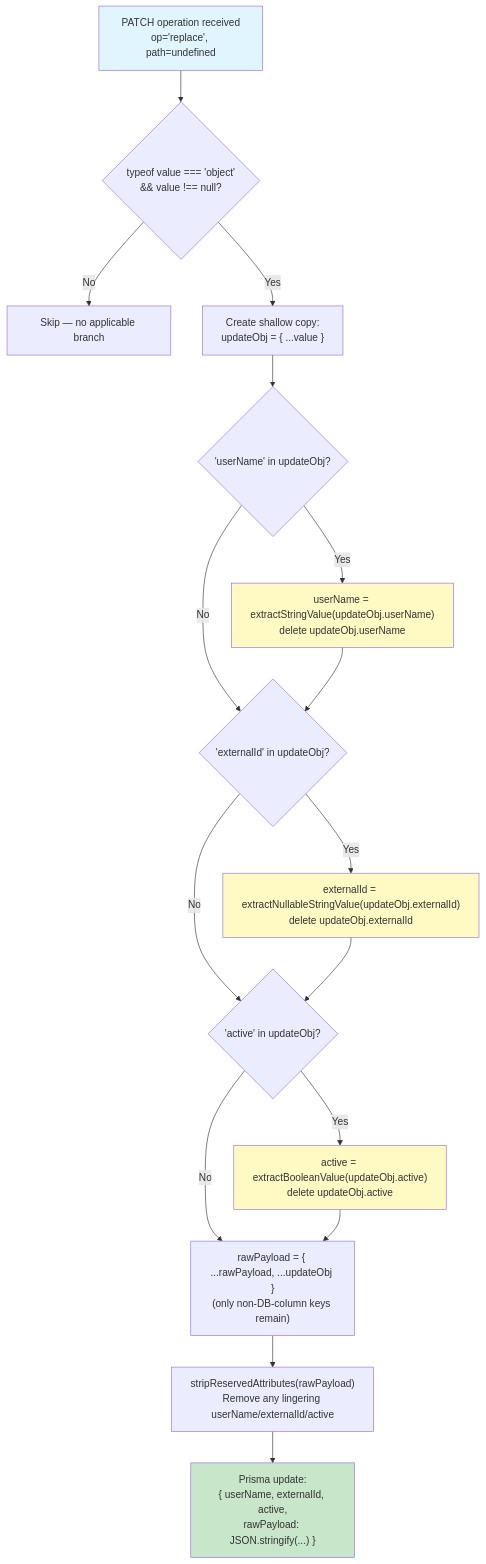
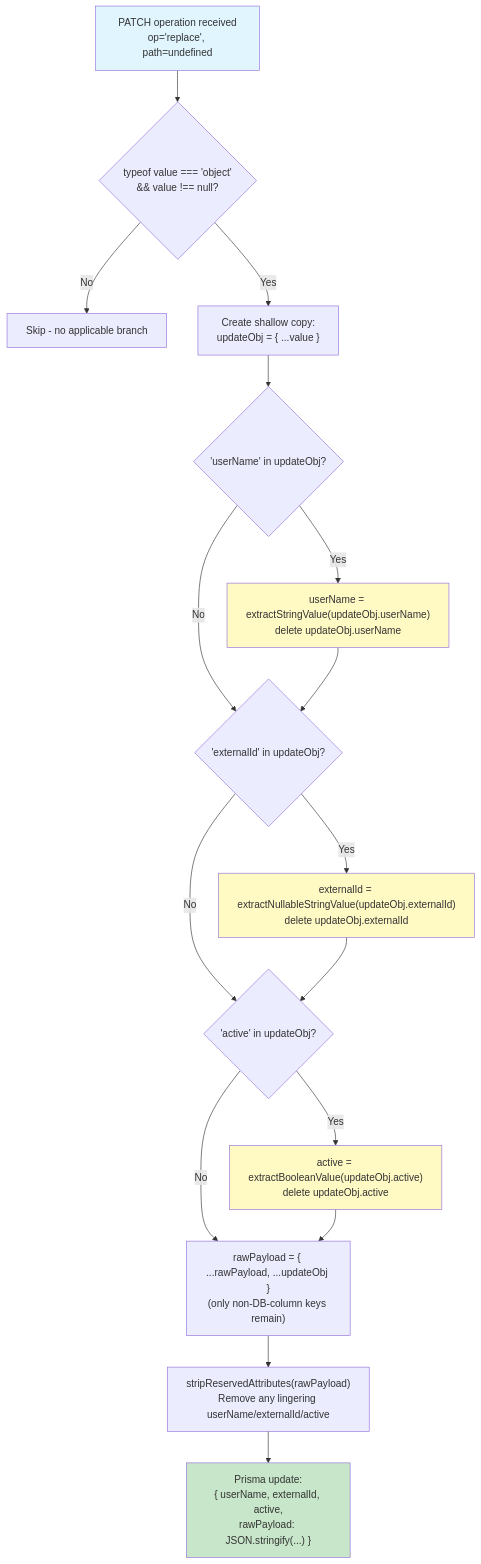
The second of 14 diagrams in docs/archive/PHASE1_PATCH_FIXES_REFERENCE.md (pranems/SCIMServer), drawn with Mermaid before and after one commit. The commit also changed other lines of this file and 337 other files, not shown here.

````diff
--- a/docs/archive/PHASE1_PATCH_FIXES_REFERENCE.md
+++ b/docs/archive/PHASE1_PATCH_FIXES_REFERENCE.md
@@ -152,26 +152,26 @@
 ```mermaid
 flowchart TD
     A["PATCH operation received<br/>op='replace', path=undefined"] --> B{"typeof value === 'object'<br/>&& value !== null?"}
-    B -->|No| Z["Skip — no applicable branch"]
+    B -->|No| Z["Skip - no applicable branch"]
     B -->|Yes| C["Create shallow copy:<br/>updateObj = { ...value }"]
     
     C --> D{"'userName' in updateObj?"}
     D -->|Yes| D1["userName = extractStringValue(updateObj.userName)<br/>delete updateObj.userName"]
     D -->|No| E
     D1 --> E{"'externalId' in updateObj?"}
     E -->|Yes| E1["externalId = extractNullableStringValue(updateObj.externalId)<br/>delete updateObj.externalId"]
     E -->|No| F
     E1 --> F{"'active' in updateObj?"}
     F -->|Yes| F1["active = extractBooleanValue(updateObj.active)<br/>delete updateObj.active"]
     F -->|No| G
     F1 --> G["rawPayload = { ...rawPayload, ...updateObj }<br/>(only non-DB-column keys remain)"]
     
     G --> H["stripReservedAttributes(rawPayload)<br/>Remove any lingering userName/externalId/active"]
     H --> I["Prisma update:<br/>{ userName, externalId, active,<br/>rawPayload: JSON.stringify(...) }"]
 
     style A fill:#e1f5fe
     style I fill:#c8e6c9
     style D1 fill:#fff9c4
     style E1 fill:#fff9c4
     style F1 fill:#fff9c4
 ```
````
